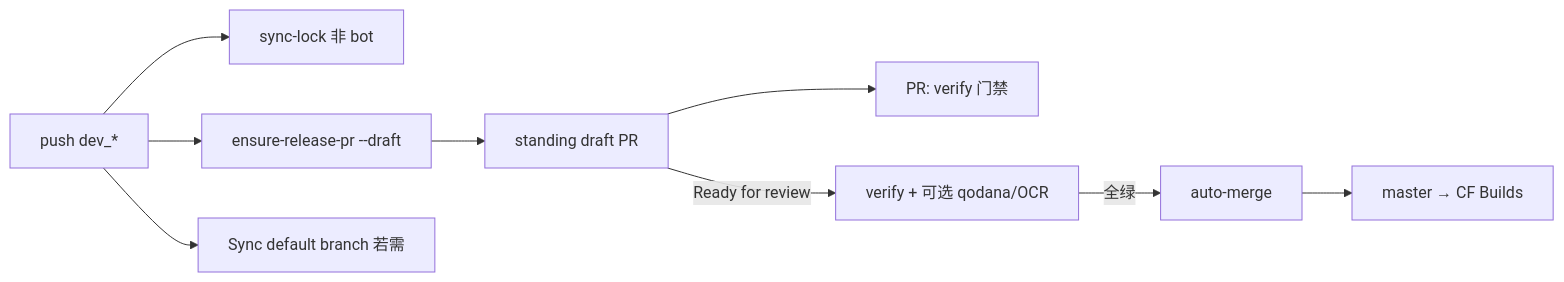
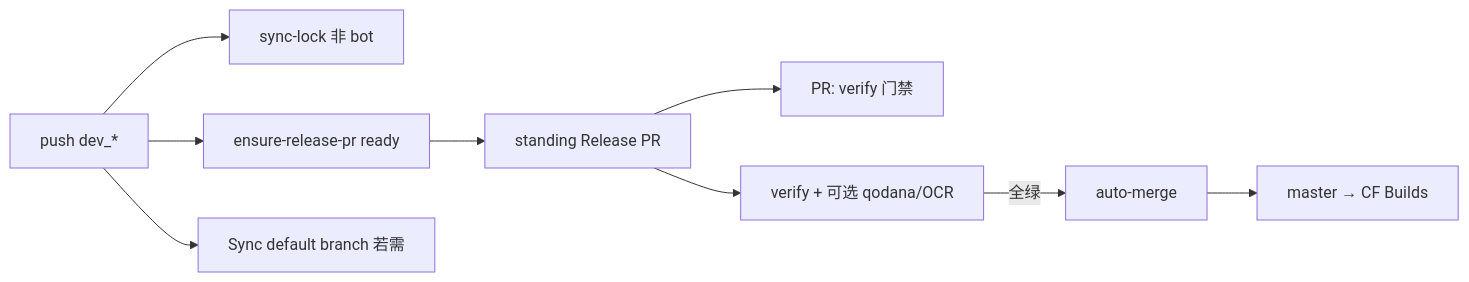
Before and after one commit to workers-world/worker-actions: the diagram in docs/release-pr-ci.md, drawn with Mermaid. The commit also changed other lines of this file and 14 other files, not shown here.

````diff
--- a/docs/release-pr-ci.md
+++ b/docs/release-pr-ci.md
@@ -9,11 +9,11 @@
 ```mermaid
 flowchart LR
   push[push dev_*] --> syncLock[sync-lock 非 bot]
-  push --> ensure[ensure-release-pr --draft]
+  push --> ensure[ensure-release-pr ready]
   push --> syncWf[Sync default branch 若需]
-  ensure --> draftPR[standing draft PR]
-  draftPR --> prCi[PR: verify 门禁]
-  draftPR -->|Ready for review| gate[verify + 可选 qodana/OCR]
+  ensure --> releasePR[standing Release PR]
+  releasePR --> prCi[PR: verify 门禁]
+  releasePR --> gate[verify + 可选 qodana/OCR]
   gate -->|全绿| merge[auto-merge]
   merge --> master[master → CF Builds]
 ```
````
